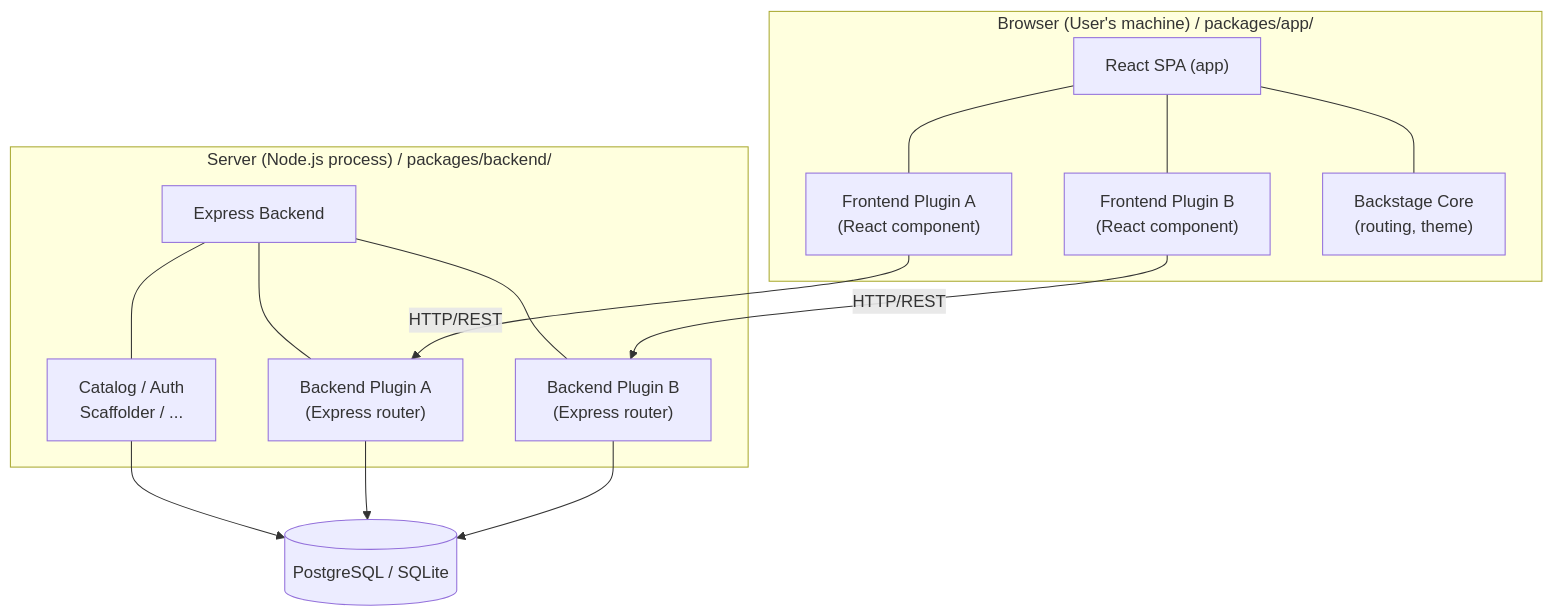
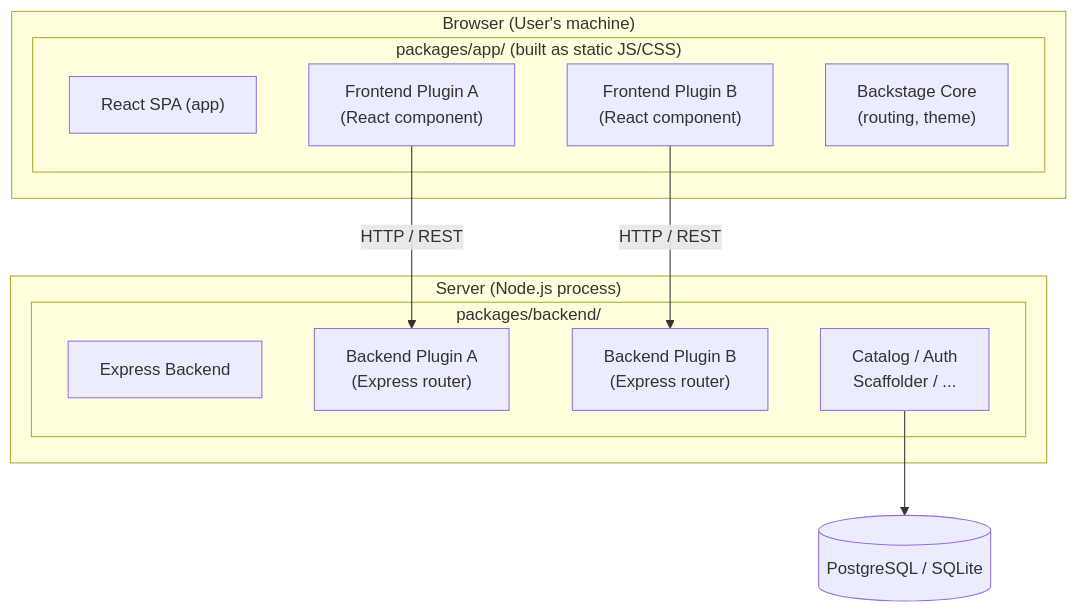
One commit to kube-dojo/kube-dojo changed the diagram in src/content/docs/k8s/cba/module-1.2-backstage-plugin-development.md. Above: the diagram before and after it, drawn with Mermaid. The commit also changed other lines of this file, not shown here.

Commit message:
chore(content): write-only draft [k8s/cba/module-1.2-backstage-plugin-development]

````diff
--- a/src/content/docs/k8s/cba/module-1.2-backstage-plugin-development.md
+++ b/src/content/docs/k8s/cba/module-1.2-backstage-plugin-development.md
@@ -55,30 +65,26 @@
 ```mermaid
 flowchart TD
-    subgraph Browser ["Browser (User's machine) / packages/app/"]
-        SPA["React SPA (app)"]
-        FPA["Frontend Plugin A<br>(React component)"]
-        FPB["Frontend Plugin B<br>(React component)"]
-        Core["Backstage Core<br>(routing, theme)"]
-        SPA --- FPA
-        SPA --- FPB
-        SPA --- Core
+    subgraph Client ["Browser (User's machine)"]
+        subgraph App ["packages/app/ (built as static JS/CSS)"]
+            SPA["React SPA (app)"]
+            FPA["Frontend Plugin A<br/>(React component)"]
+            FPB["Frontend Plugin B<br/>(React component)"]
+            FCore["Backstage Core<br/>(routing, theme)"]
+        end
     end
 
-    subgraph Server ["Server (Node.js process) / packages/backend/"]
-        Backend["Express Backend"]
-        BPA["Backend Plugin A<br>(Express router)"]
-        BPB["Backend Plugin B<br>(Express router)"]
-        BCore["Catalog / Auth<br>Scaffolder / ..."]
-        Backend --- BPA
-        Backend --- BPB
-        Backend --- BCore
+    subgraph NodeServer ["Server (Node.js process)"]
+        subgraph Backend ["packages/backend/"]
+            BApp["Express Backend"]
+            BPA["Backend Plugin A<br/>(Express router)"]
+            BPB["Backend Plugin B<br/>(Express router)"]
+            BCore["Catalog / Auth<br/>Scaffolder / ..."]
+        end
     end
 
     DB[("PostgreSQL / SQLite")]
 
-    FPA -- "HTTP/REST" --> BPA
-    FPB -- "HTTP/REST" --> BPB
+    FPA -- "HTTP / REST" --> BPA
+    FPB -- "HTTP / REST" --> BPB
     BCore --> DB
-    BPA --> DB
-    BPB --> DB
 ```
````
